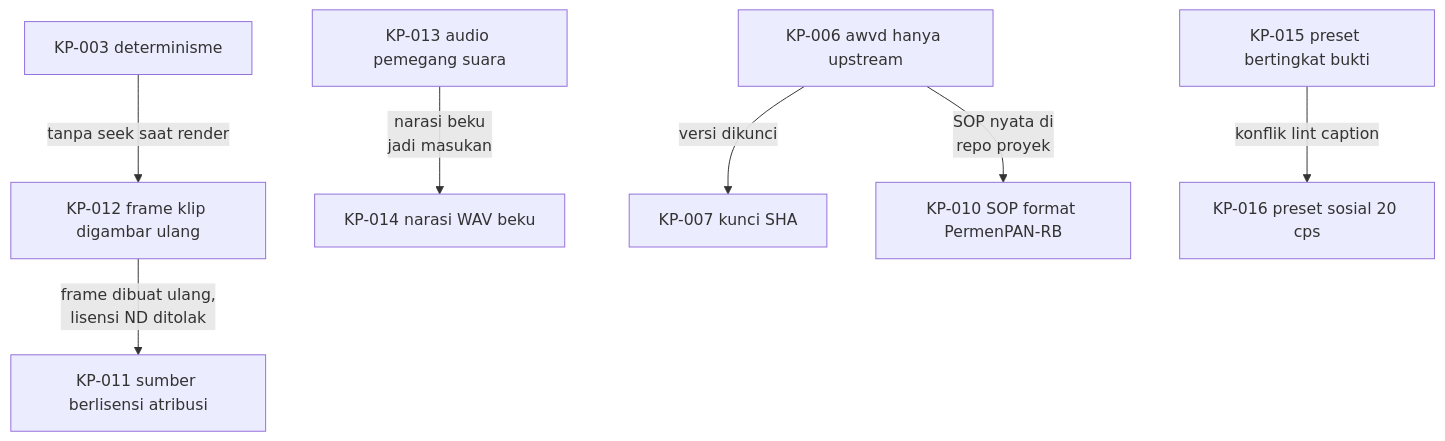
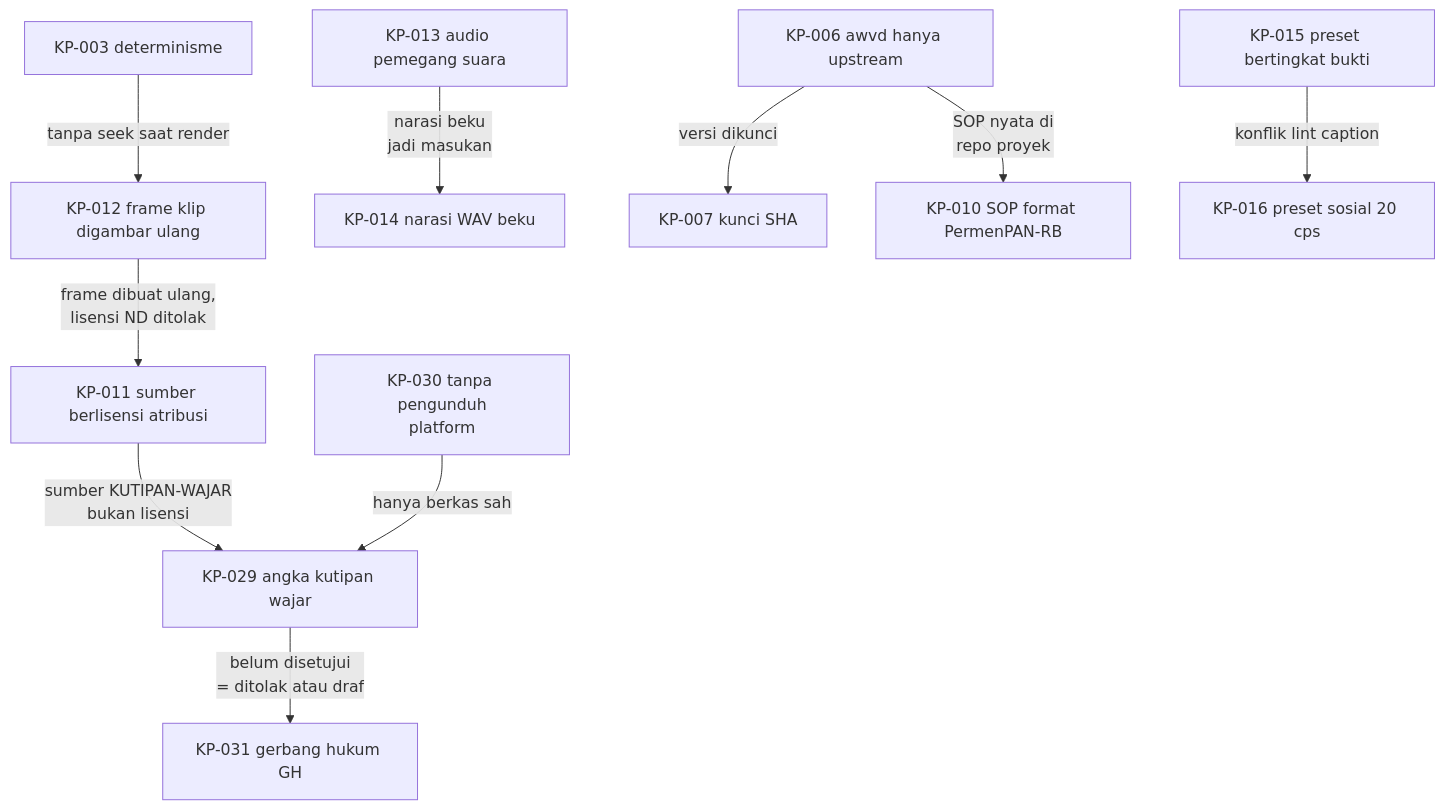
Before and after one commit to ahliweb/awvd: the diagram in docs/log-keputusan.md, drawn with Mermaid. The commit also changed other lines of this file and 24 other files, not shown here.

Commit message:
feat: pelajari video lokal, kebijakan kutipan wajar, dan templat reaction

````diff
--- a/docs/log-keputusan.md
+++ b/docs/log-keputusan.md
@@ -13,9 +13,12 @@
 ```mermaid
 flowchart TD
     KP3[KP-003 determinisme] -->|tanpa seek saat render| KP12[KP-012 frame klip digambar ulang]
     KP12 -->|frame dibuat ulang,<br/>lisensi ND ditolak| KP11[KP-011 sumber berlisensi atribusi]
     KP13[KP-013 audio pemegang suara] -->|narasi beku<br/>jadi masukan| KP14[KP-014 narasi WAV beku]
     KP6[KP-006 awvd hanya upstream] -->|versi dikunci| KP7[KP-007 kunci SHA]
     KP6 -->|SOP nyata di<br/>repo proyek| KP10[KP-010 SOP format PermenPAN-RB]
+    KP11 -->|sumber KUTIPAN-WAJAR<br/>bukan lisensi| KP29[KP-029 angka kutipan wajar]
+    KP30[KP-030 tanpa pengunduh<br/>platform] -->|hanya berkas sah| KP29
+    KP29 -->|belum disetujui<br/>= ditolak atau draf| KP31[KP-031 gerbang hukum GH]
     KP15[KP-015 preset bertingkat bukti] -->|konflik lint caption| KP16[KP-016 preset sosial 20 cps]
 ```
````
